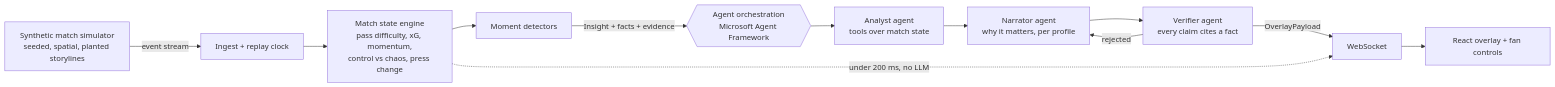
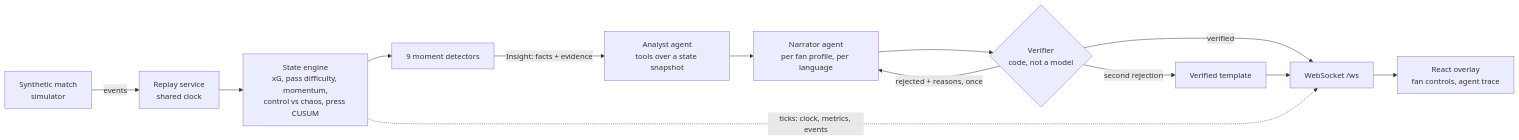
One commit to satishjhanwer/Regista-The-Match changed the diagram in README.md. Above: the diagram before and after it, drawn with Mermaid. The commit also changed other lines of this file and 62 other files, not shown here.

Commit message:
docs: README rewrite; docstrings on every public API (ruff D1 enforced), TSDoc on frontend exports, remove code-restating comments and section banners; regenerated contracts

````diff
--- a/README.md
+++ b/README.md
@@ -11,14 +25,15 @@
 ```mermaid
 flowchart LR
-    SIM[Synthetic match simulator<br/>seeded, spatial, planted storylines] -->|event stream| ING[Ingest + replay clock]
-    ING --> STATE[Match state engine<br/>pass difficulty, xG, momentum,<br/>control vs chaos, press change]
-    STATE --> DET[Moment detectors]
-    DET -->|Insight + facts + evidence| ORCH{{Agent orchestration<br/>Microsoft Agent Framework}}
-    ORCH --> AN[Analyst agent<br/>tools over match state]
-    AN --> NA[Narrator agent<br/>why it matters, per profile]
-    NA --> VE[Verifier agent<br/>every claim cites a fact]
-    VE -->|rejected| NA
-    VE -->|OverlayPayload| WS[WebSocket]
-    WS --> UI[React overlay + fan controls]
-    STATE -.->|under 200 ms, no LLM| WS
+    SIM[Synthetic match<br/>simulator] -->|events| REP[Replay service<br/>shared clock]
+    REP --> STATE[State engine<br/>xG, pass difficulty, momentum,<br/>control vs chaos, press CUSUM]
+    STATE --> DET[9 moment detectors]
+    DET -->|Insight: facts + evidence| AN[Analyst agent<br/>tools over a state snapshot]
+    AN --> NA[Narrator agent<br/>per fan profile, per language]
+    NA --> VE{Verifier<br/>code, not a model}
+    VE -->|rejected + reasons, once| NA
+    VE -->|second rejection| TPL[Verified template]
+    VE -->|verified| WS[WebSocket /ws]
+    TPL --> WS
+    WS --> UI[React overlay<br/>fan controls, agent trace]
+    STATE -.->|ticks: clock, metrics, events| WS
 ```
````
